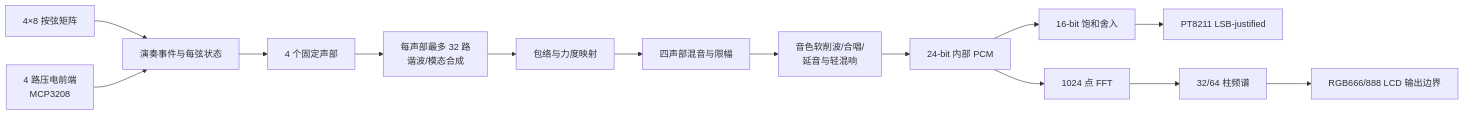
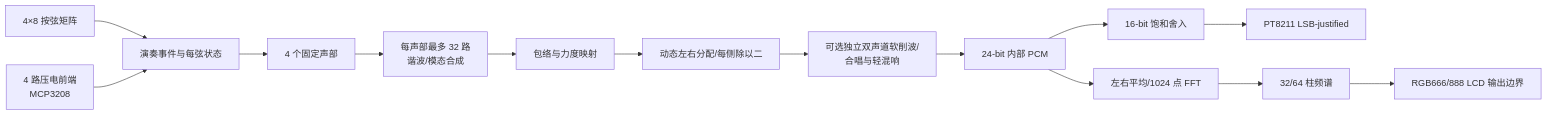
The diagram in README.md (Keyi-1/xinxian-fpga-guitar), drawn with Mermaid before and after one commit. The commit also changed other lines of this file and 96 other files, not shown here.

````diff
--- a/README.md
+++ b/README.md
@@ -336,16 +367,16 @@
 ```mermaid
 flowchart LR
     A[4×8 按弦矩阵] --> C[演奏事件与每弦状态]
     B[4 路压电前端<br/>MCP3208] --> C
     C --> D[4 个固定声部]
     D --> E[每声部最多 32 路<br/>谐波/模态合成]
     E --> F[包络与力度映射]
-    F --> G[四声部混音与限幅]
-    G --> H[音色软削波/合唱/<br/>延音与轻混响]
+    F --> G[动态左右分配/每侧除以二]
+    G --> H[可选独立双声道软削波/<br/>合唱与轻混响]
     H --> I[24-bit 内部 PCM]
     I --> J[16-bit 饱和舍入]
     J --> K[PT8211 LSB-justified]
-    I --> L[1024 点 FFT]
+    I --> L[左右平均/1024 点 FFT]
     L --> M[32/64 柱频谱]
     M --> N[RGB666/888 LCD 输出边界]
 ```
````
